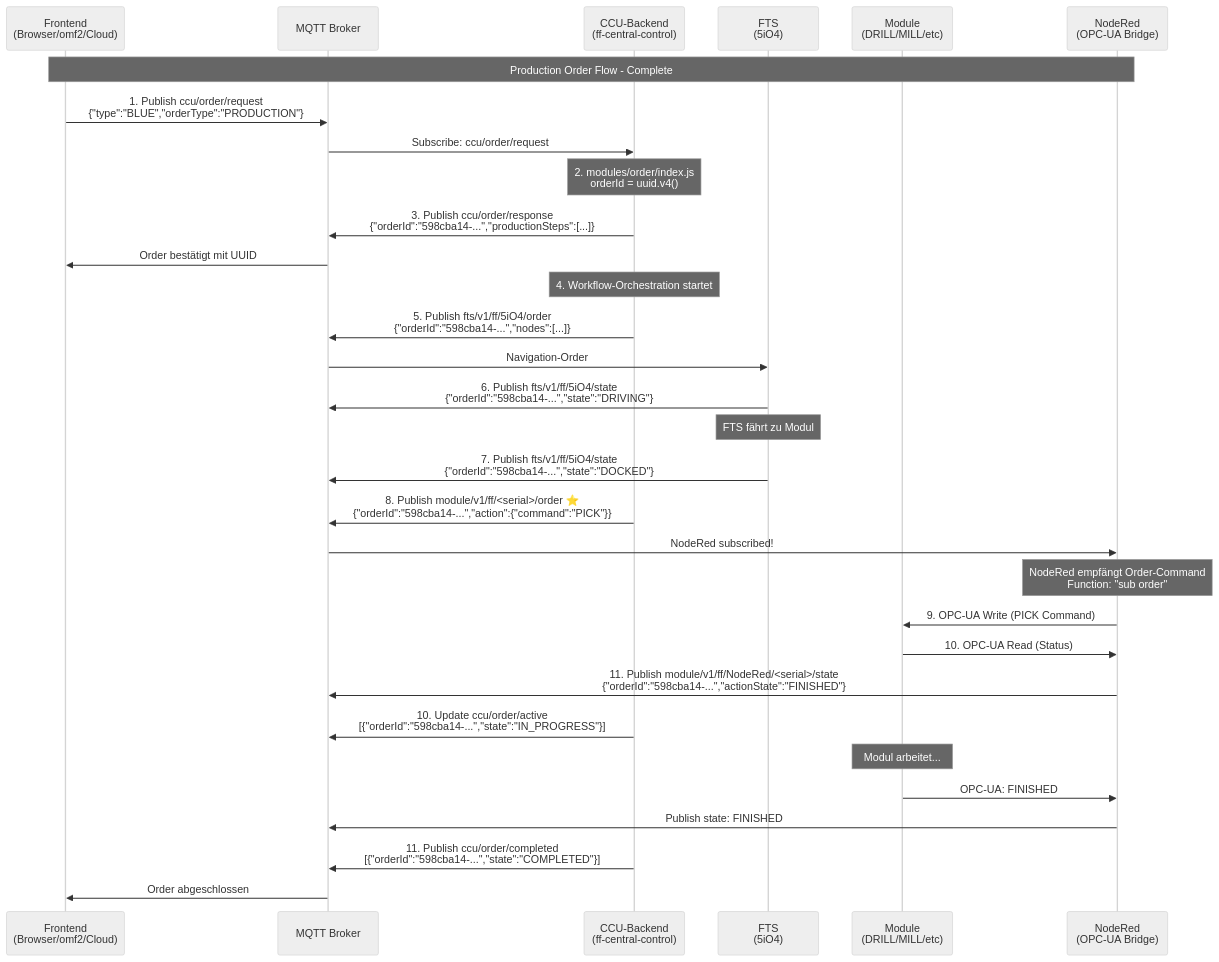
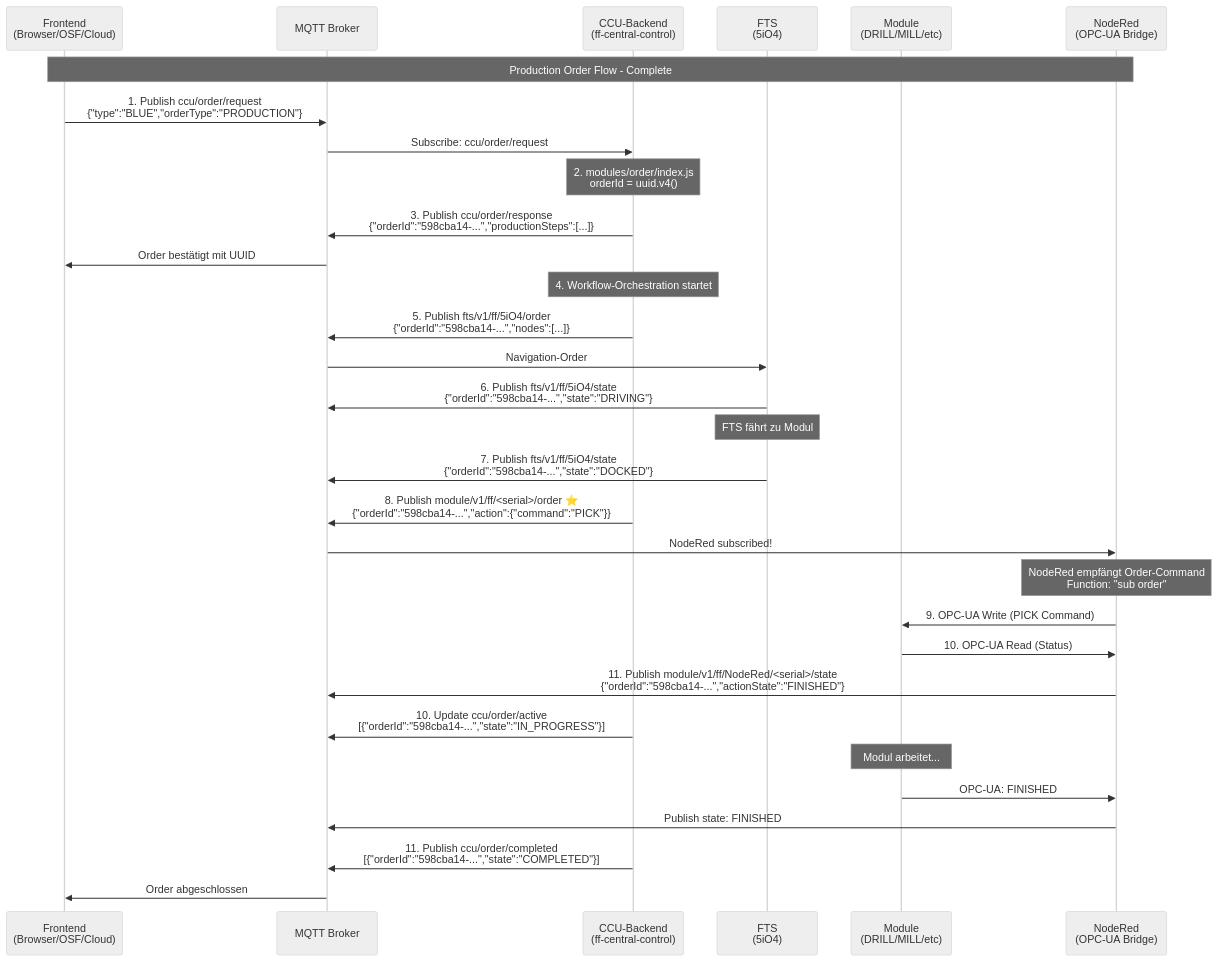
Before and after one commit to OliverBerger-ORBIS/ORBIS-Modellfabrik: the diagram in docs/06-integrations/00-REFERENCE/ccu-backend-orchestration.md, drawn with Mermaid (neutral theme). The commit also changed 137 other files, not shown here.

````diff
--- a/docs/06-integrations/00-REFERENCE/ccu-backend-orchestration.md
+++ b/docs/06-integrations/00-REFERENCE/ccu-backend-orchestration.md
@@ -212,49 +212,49 @@
 ```mermaid
 sequenceDiagram
-    participant Frontend as Frontend<br/>(Browser/omf2/Cloud)
+    participant Frontend as Frontend<br/>(Browser/OSF/Cloud)
     participant MQTT as MQTT Broker
     participant CCU as CCU-Backend<br/>(ff-central-control)
     participant FTS as FTS<br/>(5iO4)
     participant Module as Module<br/>(DRILL/MILL/etc)
     participant NodeRed as NodeRed<br/>(OPC-UA Bridge)
     
     Note over Frontend,NodeRed: Production Order Flow - Complete
     
     Frontend->>MQTT: 1. Publish ccu/order/request<br/>{"type":"BLUE","orderType":"PRODUCTION"}
     MQTT->>CCU: Subscribe: ccu/order/request
     
     Note over CCU: 2. modules/order/index.js<br/>orderId = uuid.v4()
     
     CCU->>MQTT: 3. Publish ccu/order/response<br/>{"orderId":"598cba14-...","productionSteps":[...]}
     MQTT->>Frontend: Order bestätigt mit UUID
     
     Note over CCU: 4. Workflow-Orchestration startet
     
     CCU->>MQTT: 5. Publish fts/v1/ff/5iO4/order<br/>{"orderId":"598cba14-...","nodes":[...]}
     MQTT->>FTS: Navigation-Order
     
     FTS->>MQTT: 6. Publish fts/v1/ff/5iO4/state<br/>{"orderId":"598cba14-...","state":"DRIVING"}
     
     Note over FTS: FTS fährt zu Modul
     
     FTS->>MQTT: 7. Publish fts/v1/ff/5iO4/state<br/>{"orderId":"598cba14-...","state":"DOCKED"}
     
     CCU->>MQTT: 8. Publish module/v1/ff/<serial>/order ⭐<br/>{"orderId":"598cba14-...","action":{"command":"PICK"}}
     MQTT->>NodeRed: NodeRed subscribed!
     
     Note over NodeRed: NodeRed empfängt Order-Command<br/>Function: "sub order"
     
     NodeRed->>Module: 9. OPC-UA Write (PICK Command)
     Module->>NodeRed: 10. OPC-UA Read (Status)
     NodeRed->>MQTT: 11. Publish module/v1/ff/NodeRed/<serial>/state<br/>{"orderId":"598cba14-...","actionState":"FINISHED"}
     
     CCU->>MQTT: 10. Update ccu/order/active<br/>[{"orderId":"598cba14-...","state":"IN_PROGRESS"}]
     
     Note over Module: Modul arbeitet...
     
     Module->>NodeRed: OPC-UA: FINISHED
     NodeRed->>MQTT: Publish state: FINISHED
     
     CCU->>MQTT: 11. Publish ccu/order/completed<br/>[{"orderId":"598cba14-...","state":"COMPLETED"}]
     MQTT->>Frontend: Order abgeschlossen
 ```
````
